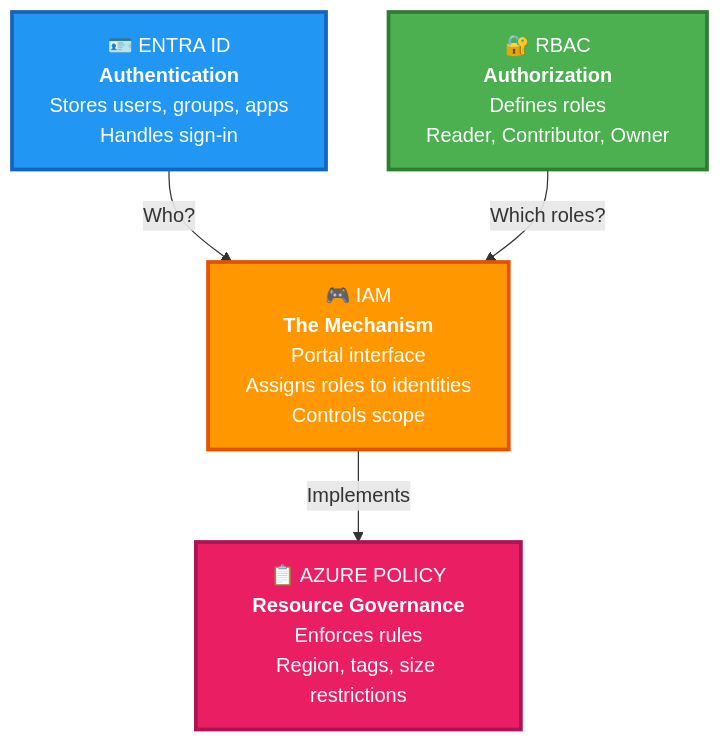
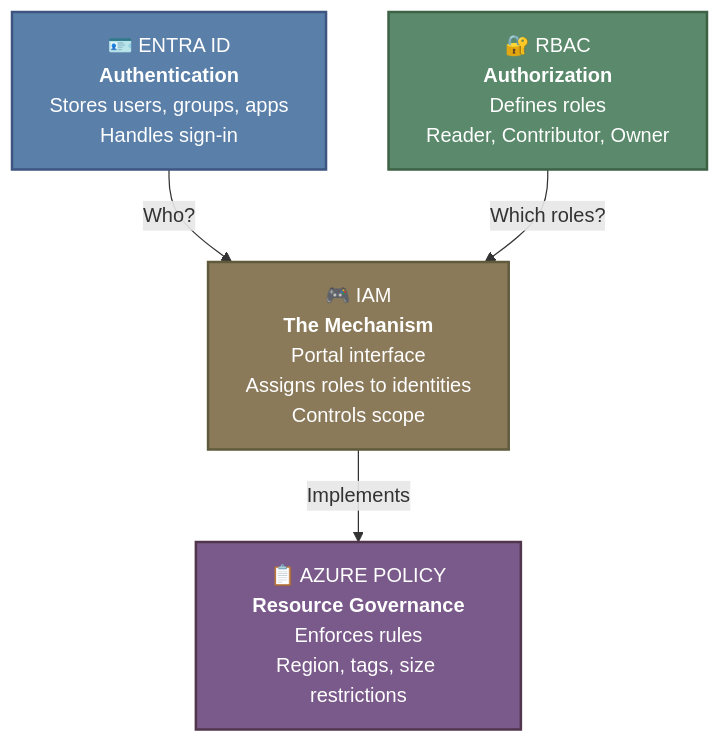
The second of 2 diagrams in 01-identity-governance/README.md (rubak714/azure-system-administration), drawn with Mermaid before and after one commit.

Commit message:
docs: update diagram color scheme to professional muted palette for improved readability

````diff
--- a/01-identity-governance/README.md
+++ b/01-identity-governance/README.md
@@ -88,16 +88,16 @@
 ```mermaid
 graph TD
     A["🪪 ENTRA ID<br/><b>Authentication</b><br/>Stores users, groups, apps<br/>Handles sign-in"]
     B["🔐 RBAC<br/><b>Authorization</b><br/>Defines roles<br/>Reader, Contributor, Owner"]
     C["🎮 IAM<br/><b>The Mechanism</b><br/>Portal interface<br/>Assigns roles to identities<br/>Controls scope"]
     D["📋 AZURE POLICY<br/><b>Resource Governance</b><br/>Enforces rules<br/>Region, tags, size restrictions"]
     
     A -->|"Who?"| C
     B -->|"Which roles?"| C
     C -->|"Implements"| D
     
-    style A fill:#2196F3,stroke:#1565C0,stroke-width:3px,color:#fff
-    style B fill:#4CAF50,stroke:#2E7D32,stroke-width:3px,color:#fff
-    style C fill:#FF9800,stroke:#E65100,stroke-width:3px,color:#fff
-    style D fill:#E91E63,stroke:#AD1457,stroke-width:3px,color:#fff
+    style A fill:#5A7FA8,stroke:#3D5580,stroke-width:2px,color:#fff
+    style B fill:#5A8A6B,stroke:#3D6145,stroke-width:2px,color:#fff
+    style C fill:#8A7A5A,stroke:#605A3D,stroke-width:2px,color:#fff
+    style D fill:#7A5A8A,stroke:#50354D,stroke-width:2px,color:#fff
 ```
````
